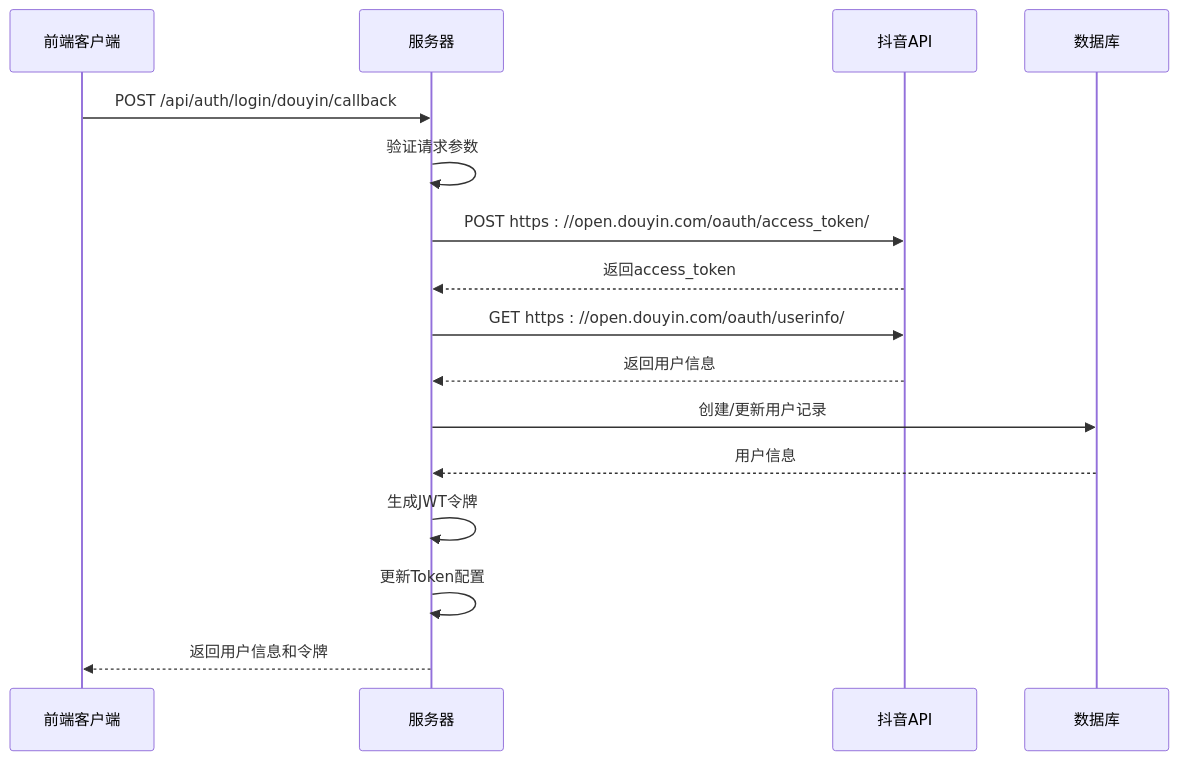
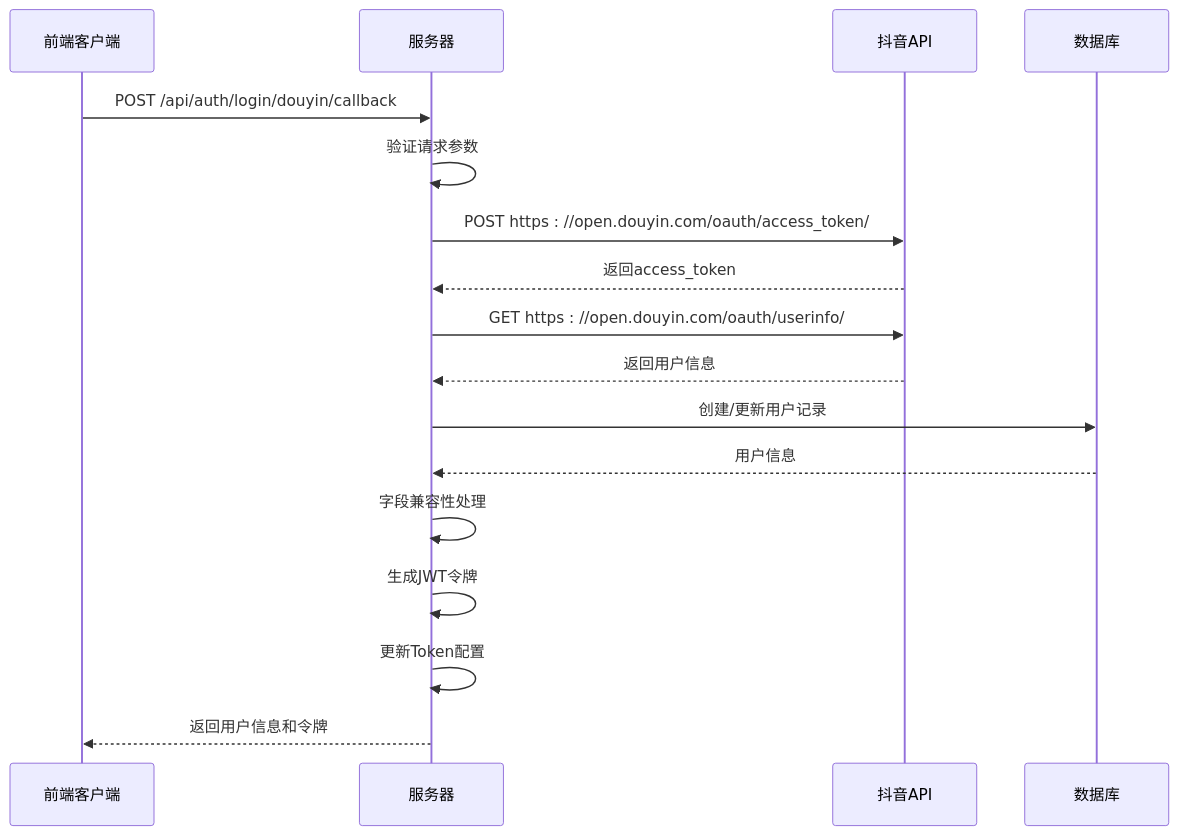
The eighth of 14 diagrams in .qoder/repowiki/zh/content/核心模块详解/认证模块/抖音OAuth集成.md (songdiyang/clawOperations), drawn with Mermaid before and after one commit. The commit also changed other lines of this file and 6 other files, not shown here.

````diff
--- a/.qoder/repowiki/zh/content/核心模块详解/认证模块/抖音OAuth集成.md
+++ b/.qoder/repowiki/zh/content/核心模块详解/认证模块/抖音OAuth集成.md
@@ -343,18 +386,19 @@
 ```mermaid
 sequenceDiagram
 participant Client as 前端客户端
 participant Server as 服务器
 participant Douyin as 抖音API
 participant DB as 数据库
 Client->>Server : POST /api/auth/login/douyin/callback
 Server->>Server : 验证请求参数
 Server->>Douyin : POST https : //open.douyin.com/oauth/access_token/
 Douyin-->>Server : 返回access_token
 Server->>Douyin : GET https : //open.douyin.com/oauth/userinfo/
 Douyin-->>Server : 返回用户信息
 Server->>DB : 创建/更新用户记录
 DB-->>Server : 用户信息
+Server->>Server : 字段兼容性处理
 Server->>Server : 生成JWT令牌
 Server->>Server : 更新Token配置
 Server-->>Client : 返回用户信息和令牌
 ```
````
